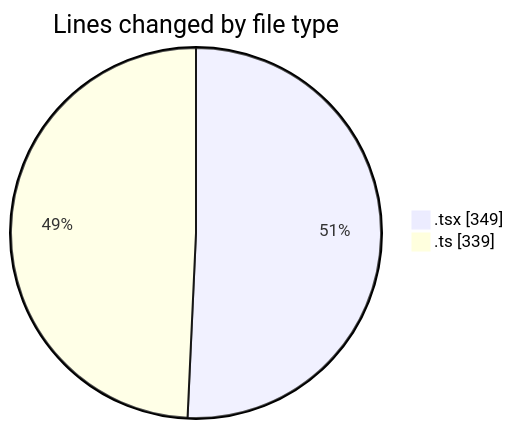
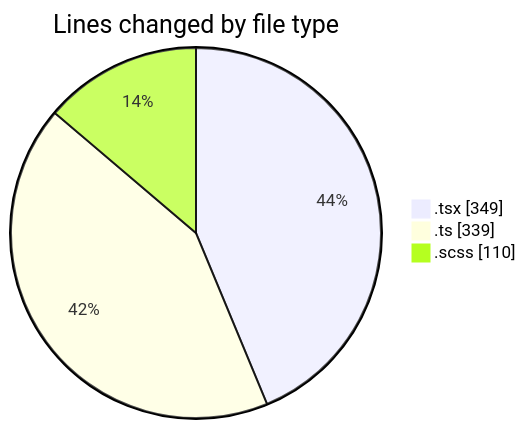
The first of 2 diagrams in 2025-07-08/cda/README.md (momahboobian/code-tracking), drawn with Mermaid before and after one commit. The commit also changed other lines of this file and 1 other file, not shown here.

````diff
--- a/2025-07-08/cda/README.md
+++ b/2025-07-08/cda/README.md
@@ -24,6 +26,7 @@
 ```mermaid
 pie showData
 title Lines changed by file type
 ".tsx" : 349
 ".ts" : 339
+".scss" : 110
 ```
````
